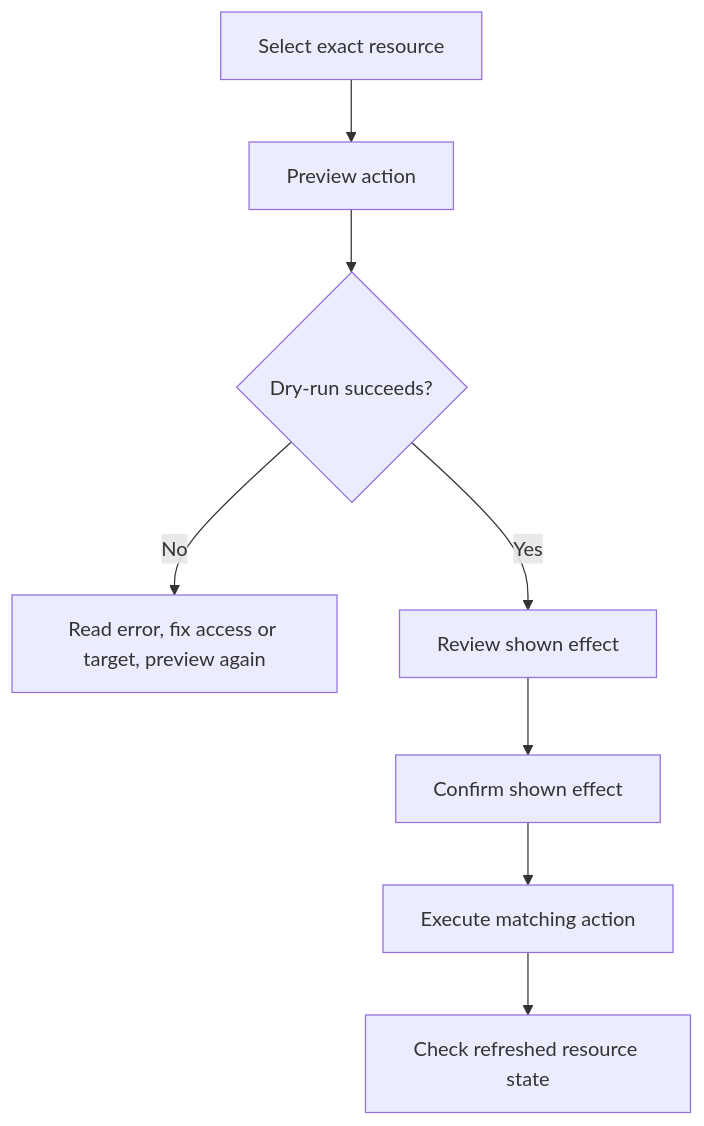
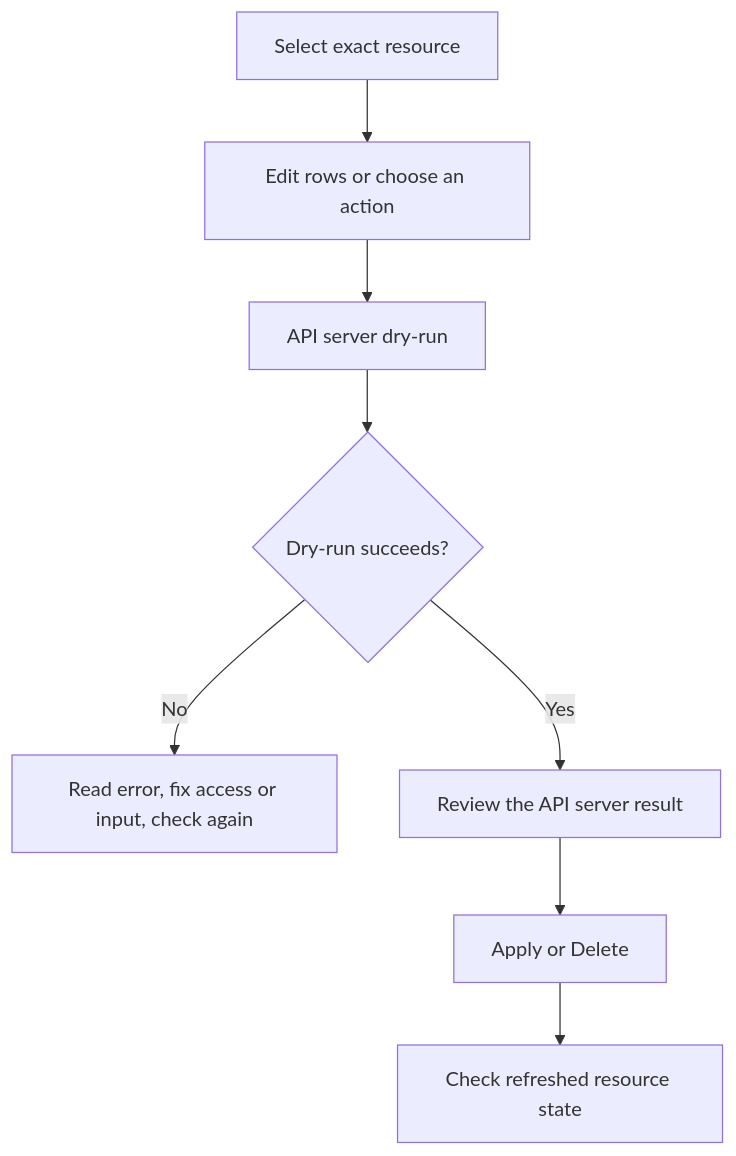
The diagram in docs/wiki/Guarded-Operations.md (Timpan4/kubecove), drawn with Mermaid before and after one commit. The commit also changed other lines of this file and 54 other files, not shown here.

````diff
--- a/docs/wiki/Guarded-Operations.md
+++ b/docs/wiki/Guarded-Operations.md
@@ -25,10 +27,10 @@
 ```mermaid
 flowchart TD
-    A[Select exact resource] --> B[Preview action]
-    B --> C{Dry-run succeeds?}
-    C -- No --> D[Read error, fix access or target, preview again]
-    C -- Yes --> E[Review shown effect]
-    E --> F[Confirm shown effect]
-    F --> G[Execute matching action]
+    A[Select exact resource] --> B[Edit rows or choose an action]
+    B --> C[API server dry-run]
+    C --> D{Dry-run succeeds?}
+    D -- No --> E[Read error, fix access or input, check again]
+    D -- Yes --> F[Review the API server result]
+    F --> G[Apply or Delete]
     G --> H[Check refreshed resource state]
 ```
````
